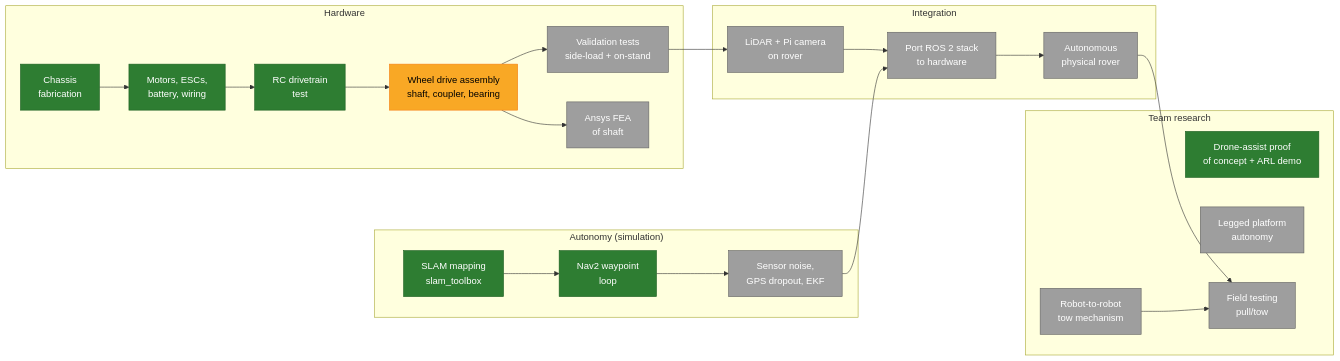
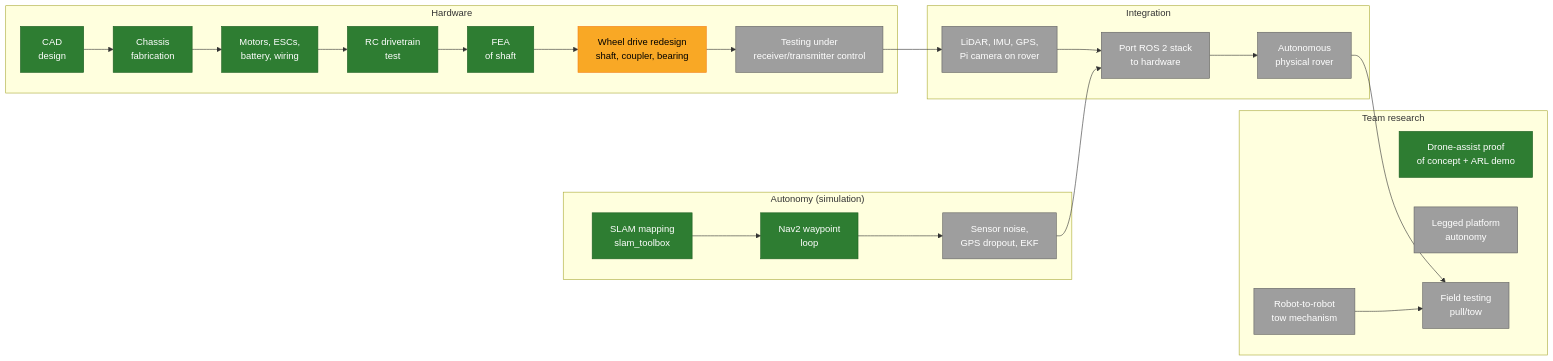
Before and after one commit to RyanCharlesNeu/Autonomous-Rover-Research: the diagram in README.md, drawn with Mermaid. The commit also changed other lines of this file, not shown here.

Commit message:
Revise README sections for improved clarity
Updated key results, demos, and next steps sections for clarity and completeness.

````diff
--- a/README.md
+++ b/README.md
@@ -31,40 +14,40 @@
 ```mermaid
 flowchart LR
     subgraph HW["Hardware"]
-        A["Chassis<br/>fabrication"] --> B["Motors, ESCs,<br/>battery, wiring"]
+        Q["CAD<br/>design"] --> A["Chassis<br/>fabrication"] --> B["Motors, ESCs,<br/>battery, wiring"]
         B --> C["RC drivetrain<br/>test"]
-        C --> D["Wheel drive assembly<br/>shaft, coupler, bearing"]
-        D --> E["Validation tests<br/>side-load + on-stand"]
-        D --> F["Ansys FEA<br/>of shaft"]
+        C --> F["FEA<br/>of shaft"]
+        F --> D["Wheel drive redesign<br/>shaft, coupler, bearing"]
+        D --> E["Testing under<br/>receiver/transmitter control"]
     end
 
     subgraph SW["Autonomy (simulation)"]
         G["SLAM mapping<br/>slam_toolbox"] --> H["Nav2 waypoint<br/>loop"]
         H --> I["Sensor noise,<br/>GPS dropout, EKF"]
     end
 
     subgraph INT["Integration"]
-        J["LiDAR + Pi camera<br/>on rover"] --> K["Port ROS 2 stack<br/>to hardware"]
+        J["LiDAR, IMU, GPS,<br/>Pi camera on rover"] --> K["Port ROS 2 stack<br/>to hardware"]
         K --> L["Autonomous<br/>physical rover"]
     end
 
     subgraph TEAM["Team research"]
         M["Drone-assist proof<br/>of concept + ARL demo"]
         N["Robot-to-robot<br/>tow mechanism"]
         O["Legged platform<br/>autonomy"]
         P["Field testing<br/>pull/tow"]
     end
 
     E --> J
     I --> K
     L --> P
     N --> P
 
     classDef done fill:#2e7d32,color:#fff,stroke:#1b5e20
     classDef progress fill:#f9a825,color:#000,stroke:#f57f17
     classDef planned fill:#9e9e9e,color:#fff,stroke:#616161
 
-    class A,B,C,G,H,M done
+    class Q,A,B,C,F,G,H,M done
     class D progress
-    class E,F,I,J,K,L,N,O,P planned
+    class E,I,J,K,L,N,O,P planned
 ```
````
